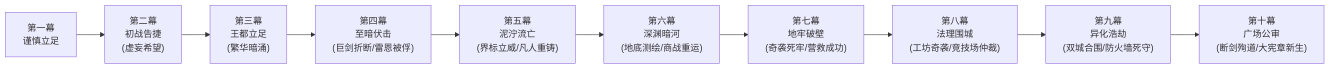
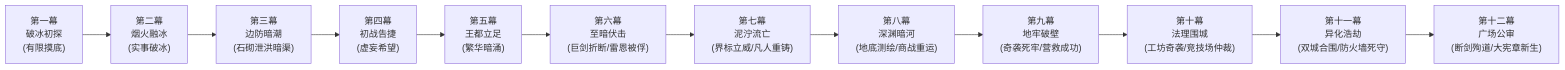
The second of 2 diagrams in 方案/第二部/主线与世界扩充方案/01_宏篇主线剧情总大纲与分幕导航.md (soranokiseki1437/eldoria-worldbook), drawn with Mermaid before and after one commit. The commit also changed other lines of this file and 221 other files, not shown here.

````diff
--- a/方案/第二部/主线与世界扩充方案/01_宏篇主线剧情总大纲与分幕导航.md
+++ b/方案/第二部/主线与世界扩充方案/01_宏篇主线剧情总大纲与分幕导航.md
@@ -160,12 +187,14 @@
 ```mermaid
 graph LR
-    P1["第一幕<br/>谨慎立足"] --> P2["第二幕<br/>初战告捷<br/>(虚妄希望)"]
-    P2 --> P3["第三幕<br/>王都立足<br/>(繁华暗涌)"]
-    P3 --> P4["第四幕<br/>至暗伏击<br/>(巨剑折断/雷恩被俘)"]
-    P4 --> P5["第五幕<br/>泥泞流亡<br/>(界标立威/凡人重铸)"]
-    P5 --> P6["第六幕<br/>深渊暗河<br/>(地底测绘/商战重运)"]
-    P6 --> P7["第七幕<br/>地牢破壁<br/>(奇袭死牢/营救成功)"]
-    P7 --> P8["第八幕<br/>法理围城<br/>(工坊奇袭/竞技场仲裁)"]
-    P8 --> P9["第九幕<br/>异化浩劫<br/>(双城合围/防火墙死守)"]
-    P9 --> P10["第十幕<br/>广场公审<br/>(断剑殉道/大宪章新生)"]
+    P1["第一幕<br/>破冰初探<br/>(有限摸底)"] --> P2["第二幕<br/>烟火融冰<br/>(实事破冰)"]
+    P2 --> P3["第三幕<br/>边防暗潮<br/>(石砌泄洪暗渠)"]
+    P3 --> P4["第四幕<br/>初战告捷<br/>(虚妄希望)"]
+    P4 --> P5["第五幕<br/>王都立足<br/>(繁华暗涌)"]
+    P5 --> P6["第六幕<br/>至暗伏击<br/>(巨剑折断/雷恩被俘)"]
+    P6 --> P7["第七幕<br/>泥泞流亡<br/>(界标立威/凡人重铸)"]
+    P7 --> P8["第八幕<br/>深渊暗河<br/>(地底测绘/商战重运)"]
+    P8 --> P9["第九幕<br/>地牢破壁<br/>(奇袭死牢/营救成功)"]
+    P9 --> P10["第十幕<br/>法理围城<br/>(工坊奇袭/竞技场仲裁)"]
+    P10 --> P11["第十一幕<br/>异化浩劫<br/>(双城合围/防火墙死守)"]
+    P11 --> P12["第十二幕<br/>广场公审<br/>(断剑殉道/大宪章新生)"]
 ```
````
